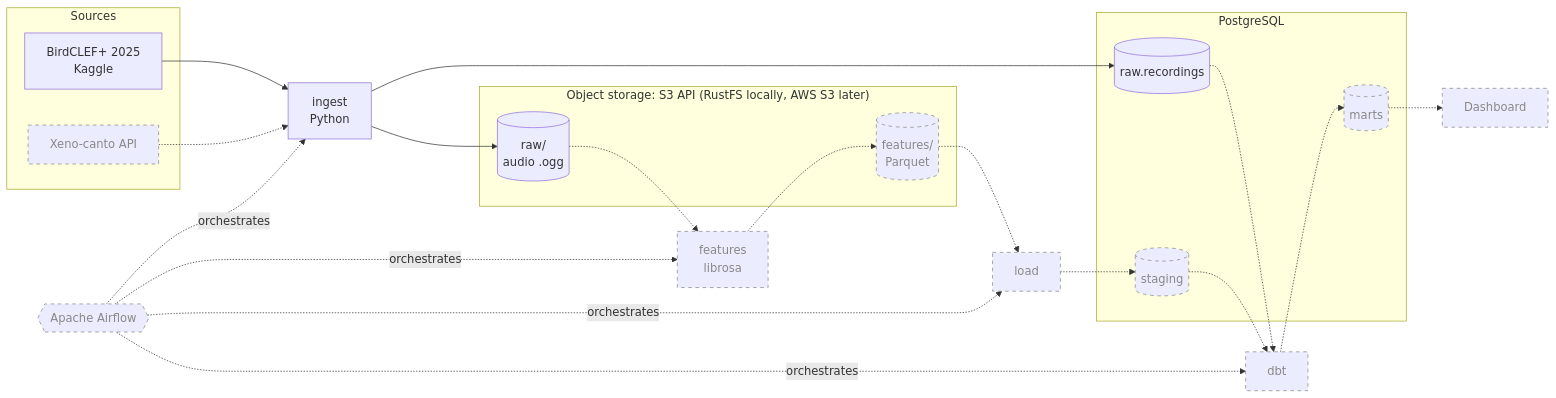
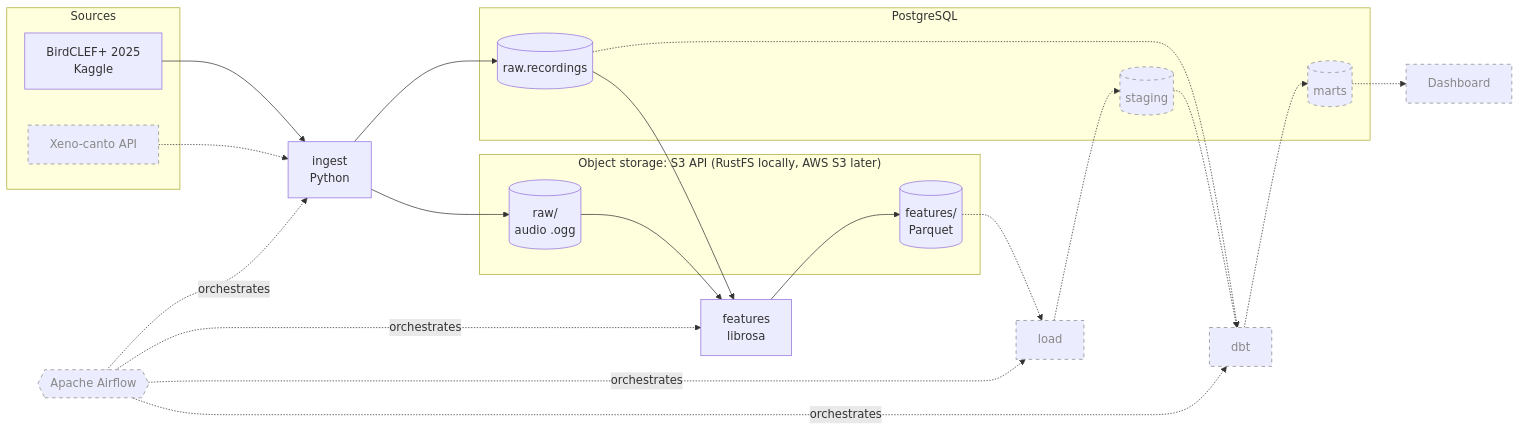
The diagram in README.md (Dres3223/Proyecto-1-Pipeline-de-paisajes-sonoros), drawn with Mermaid before and after one commit. The commit also changed other lines of this file and 6 other files, not shown here.

First line of the commit message:
feat(features): write features to S3 as partitioned Parquet

````diff
--- a/README.md
+++ b/README.md
@@ -9,36 +9,38 @@
 ```mermaid
 flowchart LR
     subgraph sources["Sources"]
         kaggle["BirdCLEF+ 2025<br/>Kaggle"]
         xenocanto["Xeno-canto API"]:::planned
     end
 
     subgraph s3["Object storage: S3 API (RustFS locally, AWS S3 later)"]
         raw[("raw/<br/>audio .ogg")]
-        parquet[("features/<br/>Parquet")]:::planned
+        parquet[("features/<br/>Parquet")]
     end
 
     subgraph pg["PostgreSQL"]
         recordings[("raw.recordings")]
         staging[("staging")]:::planned
         marts[("marts")]:::planned
     end
 
     ingest["ingest<br/>Python"]
-    features["features<br/>librosa"]:::planned
+    features["features<br/>librosa"]
     load["load"]:::planned
     dbt["dbt"]:::planned
     dashboard["Dashboard"]:::planned
     airflow{{"Apache Airflow"}}:::planned
 
     kaggle --> ingest
     xenocanto -.-> ingest
     ingest --> raw
     ingest --> recordings
-    raw -.-> features -.-> parquet -.-> load -.-> staging
+    raw --> features --> parquet
+    recordings --> features
+    parquet -.-> load -.-> staging
     recordings -.-> dbt
     staging -.-> dbt -.-> marts -.-> dashboard
     airflow -. orchestrates .-> ingest & features & load & dbt
 
     classDef planned stroke-dasharray: 5 5, color:#888, stroke:#888
 ```
````
